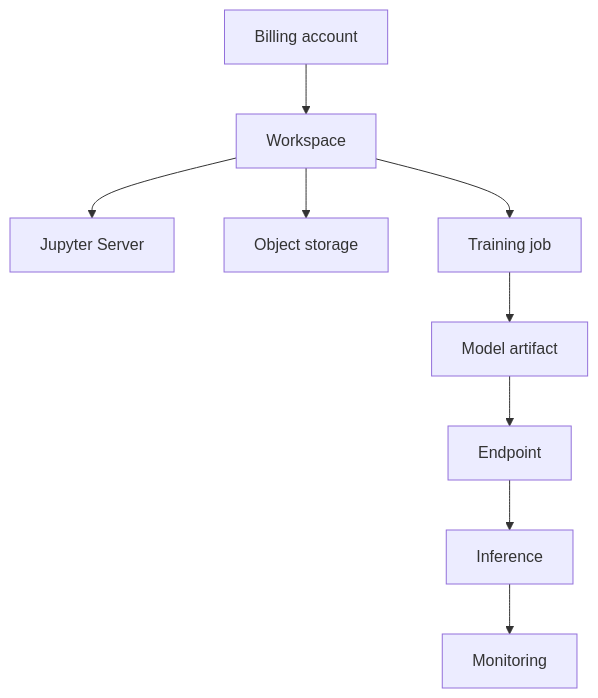
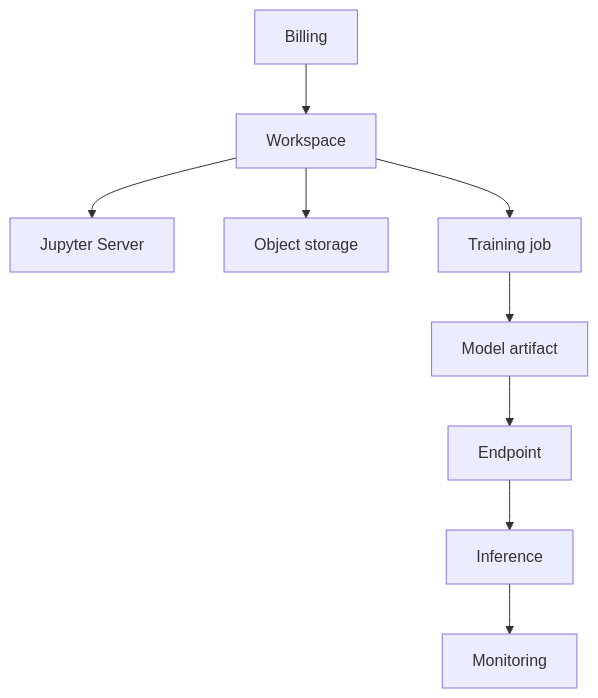
One commit to AnnaSemenec/neurostack-docs changed the diagram in DOCS/overview/platform_architecture.md. Above: the diagram before and after it, drawn with Mermaid. The commit also changed other lines of this file and 10 other files, not shown here.

````diff
--- a/DOCS/overview/platform_architecture.md
+++ b/DOCS/overview/platform_architecture.md
@@ -49,11 +49,11 @@
 ```mermaid
 graph TD
-    A[Billing account] --> B[Workspace]
+    A[Billing] --> B[Workspace]
     B --> C[Jupyter Server]
     B --> D[Object storage]
     B --> E[Training job]
     E --> F[Model artifact]
     F --> G[Endpoint]
     G --> H[Inference]
     H --> I[Monitoring]
 ```
````
